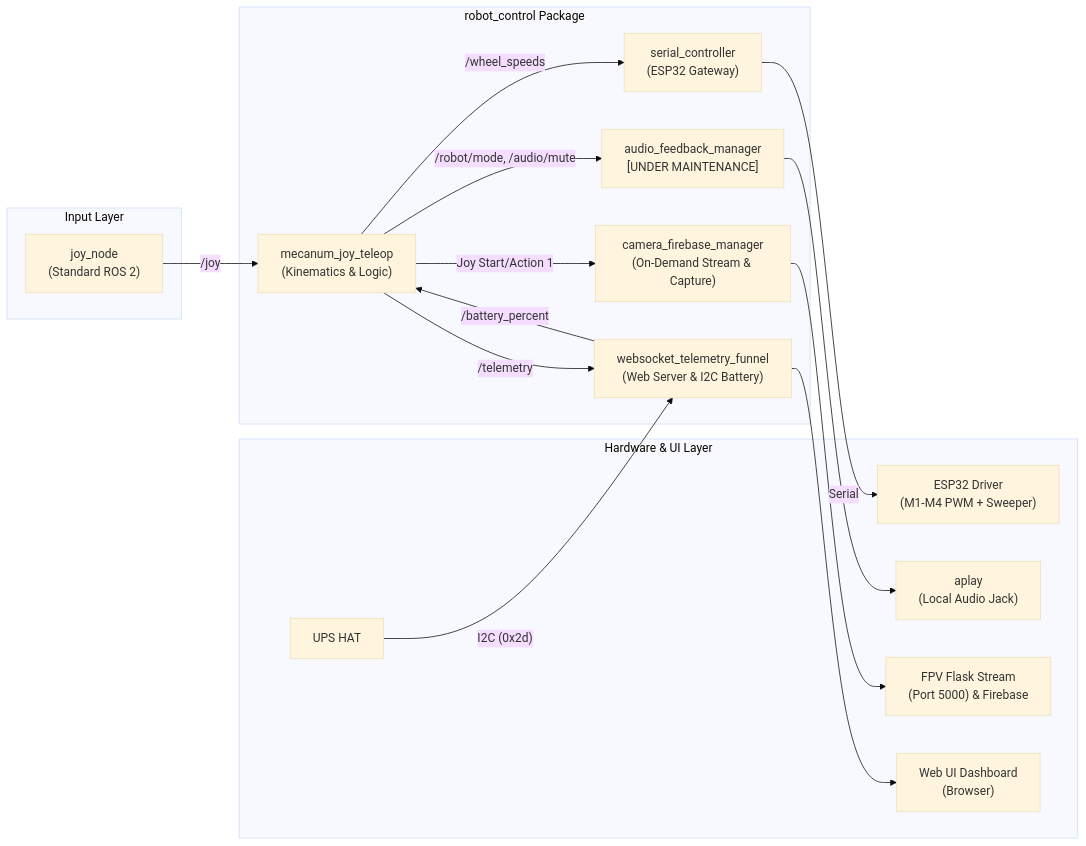
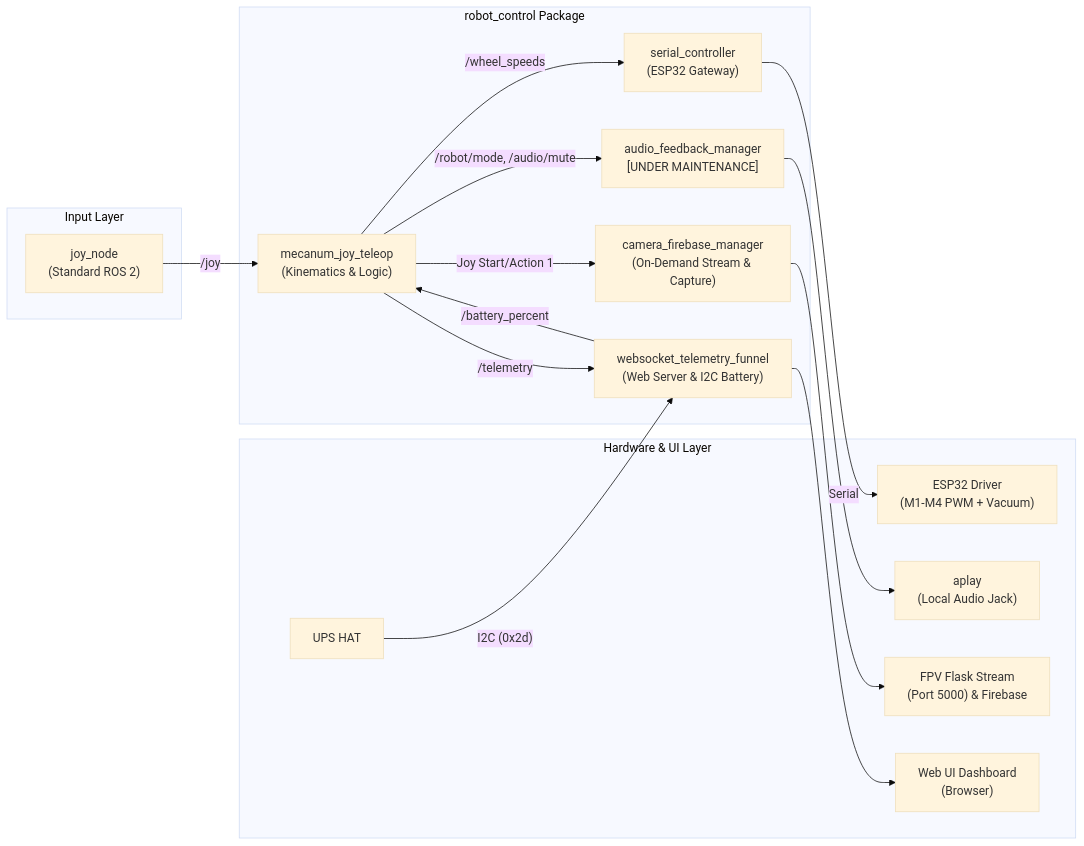
Before and after one commit to PanTiwon/RoboProject_Server: the first of 2 diagrams in README.md, drawn with Mermaid (base theme). The commit also changed other lines of this file and 6 other files, not shown here.

````diff
--- a/README.md
+++ b/README.md
@@ -47,36 +47,36 @@
 ```mermaid
 flowchart LR
     subgraph Inputs ["Input Layer"]
         JoyNode["joy_node\n(Standard ROS 2)"]
     end
 
     subgraph Core ["robot_control Package"]
         Teleop["mecanum_joy_teleop\n(Kinematics & Logic)"]
         SerialNode["serial_controller\n(ESP32 Gateway)"]
         CameraNode["camera_firebase_manager\n(On-Demand Stream & Capture)"]
         AudioNode["audio_feedback_manager\n[UNDER MAINTENANCE]"]
         TelemetryNode["websocket_telemetry_funnel\n(Web Server & I2C Battery)"]
     end
 
     subgraph Outputs ["Hardware & UI Layer"]
-        ESP32["ESP32 Driver\n(M1-M4 PWM + Sweeper)"]
+        ESP32["ESP32 Driver\n(M1-M4 PWM + Vacuum)"]
         AudioOut["aplay\n(Local Audio Jack)"]
         CameraOut["FPV Flask Stream\n(Port 5000) & Firebase"]
         Dashboard["Web UI Dashboard\n(Browser)"]
         UPS["UPS HAT\n(I2C)"]
     end
 
     JoyNode -->|/joy| Teleop
     Teleop -->|/wheel_speeds| SerialNode
     Teleop -->|/robot/mode, /audio/mute| AudioNode
     Teleop -->|/telemetry| TelemetryNode
     Teleop -->|Joy Start/Action 1| CameraNode
     
     UPS["UPS HAT"] -->|"I2C (0x2d)"| TelemetryNode
     TelemetryNode -->|/battery_percent| Teleop
 
-    SerialNode -->|Serial <M1,M2,M3,M4,Sw>| ESP32
+    SerialNode -->|Serial <M1,M2,M3,M4,Vacuum,Yaw,Pitch>| ESP32
     AudioNode --> AudioOut
     CameraNode --> CameraOut
     TelemetryNode --> Dashboard
 ```
````
